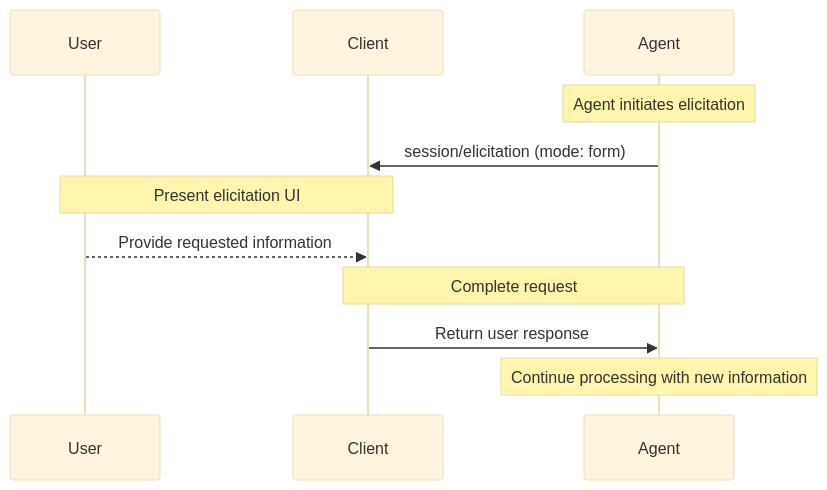
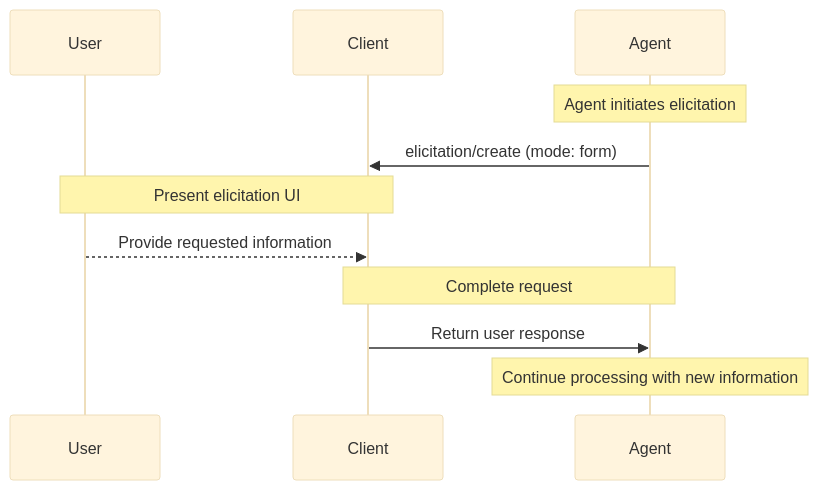
Before and after one commit to agentclientprotocol/agent-client-protocol: the first of 3 diagrams in docs/rfds/elicitation.mdx, drawn with Mermaid (base theme). The commit also changed other lines of this file and 7 other files, not shown here.

Commit message:
update elicitation mechanism to allow for elicitations outside of the session scope

````diff
--- a/docs/rfds/elicitation.mdx
+++ b/docs/rfds/elicitation.mdx
@@ -456,17 +458,17 @@
 ```mermaid
 sequenceDiagram
     participant User
     participant Client
     participant Agent
 
     Note over Agent: Agent initiates elicitation
-    Agent->>Client: session/elicitation (mode: form)
+    Agent->>Client: elicitation/create (mode: form)
 
     Note over User,Client: Present elicitation UI
     User-->>Client: Provide requested information
 
     Note over Agent,Client: Complete request
     Client->>Agent: Return user response
 
     Note over Agent: Continue processing with new information
 ```
````
